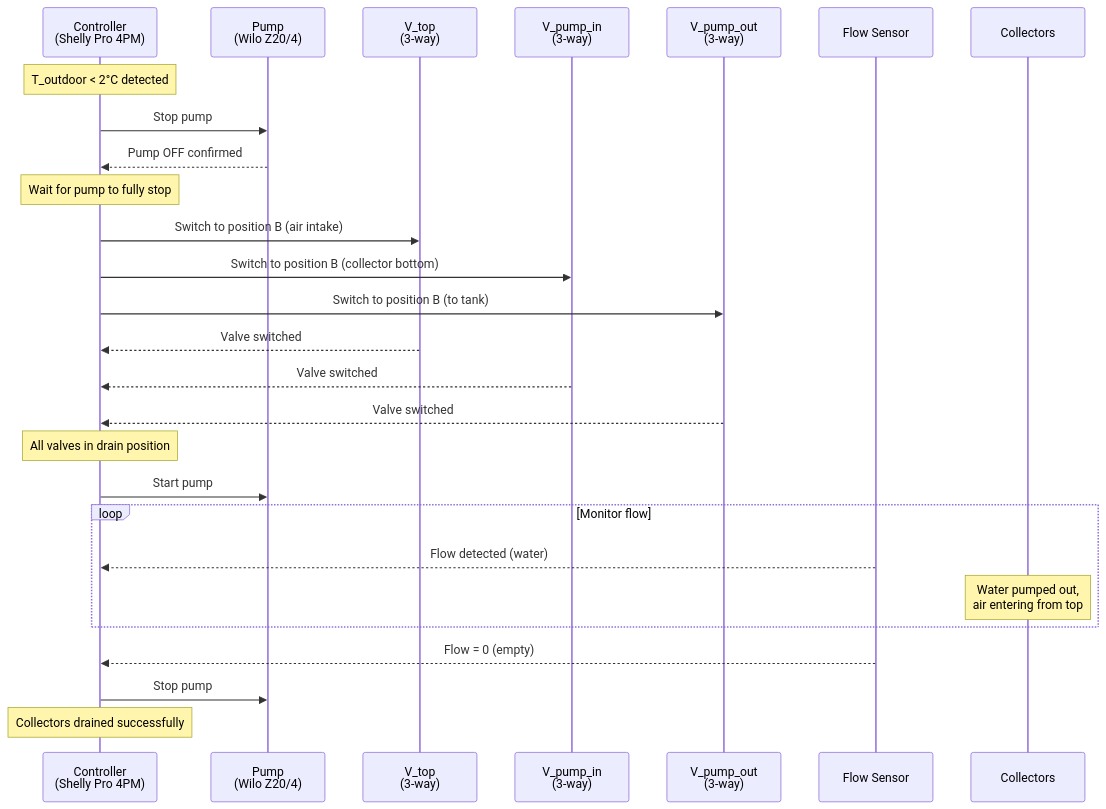
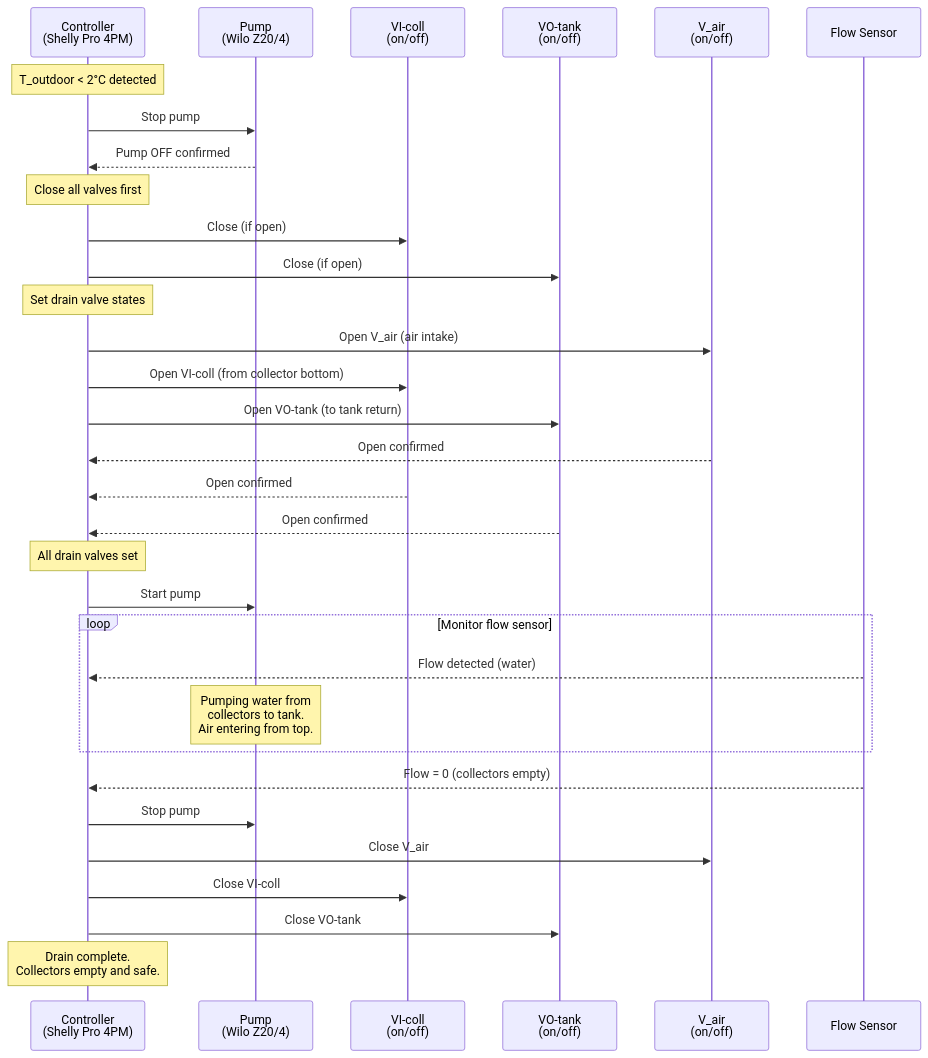
One commit to Wnt/greenhouse-solar-heater changed the diagram in diagrams/drain-sequence.mmd. Above: the diagram before and after it, drawn with Mermaid. The commit also changed 5 other files, not shown here.

First line of the commit message:
Redesign valve topology: on/off manifold with 8 valves

```diff
--- a/diagrams/drain-sequence.mmd
+++ b/diagrams/drain-sequence.mmd
@@ -1,32 +1,38 @@
 sequenceDiagram
     participant C as Controller<br/>(Shelly Pro 4PM)
     participant P as Pump<br/>(Wilo Z20/4)
-    participant VT as V_top<br/>(3-way)
-    participant VI as V_pump_in<br/>(3-way)
-    participant VO as V_pump_out<br/>(3-way)
+    participant VI as VI-coll<br/>(on/off)
+    participant VO as VO-tank<br/>(on/off)
+    participant VA as V_air<br/>(on/off)
     participant FS as Flow Sensor
-    participant COL as Collectors
 
     Note over C: T_outdoor < 2°C detected
     C->>P: Stop pump
     P-->>C: Pump OFF confirmed
 
-    Note over C: Wait for pump to fully stop
-    C->>VT: Switch to position B (air intake)
-    C->>VI: Switch to position B (collector bottom)
-    C->>VO: Switch to position B (to tank)
-    VT-->>C: Valve switched
-    VI-->>C: Valve switched
-    VO-->>C: Valve switched
+    Note over C: Close all valves first
+    C->>VI: Close (if open)
+    C->>VO: Close (if open)
 
-    Note over C: All valves in drain position
+    Note over C: Set drain valve states
+    C->>VA: Open V_air (air intake)
+    C->>VI: Open VI-coll (from collector bottom)
+    C->>VO: Open VO-tank (to tank return)
+    VA-->>C: Open confirmed
+    VI-->>C: Open confirmed
+    VO-->>C: Open confirmed
+
+    Note over C: All drain valves set
     C->>P: Start pump
 
-    loop Monitor flow
+    loop Monitor flow sensor
         FS-->>C: Flow detected (water)
-        Note over COL: Water pumped out,<br/>air entering from top
+        Note over P: Pumping water from<br/>collectors to tank.<br/>Air entering from top.
     end
 
-    FS-->>C: Flow = 0 (empty)
+    FS-->>C: Flow = 0 (collectors empty)
     C->>P: Stop pump
-    Note over C: Collectors drained successfully
+    C->>VA: Close V_air
+    C->>VI: Close VI-coll
+    C->>VO: Close VO-tank
+    Note over C: Drain complete.<br/>Collectors empty and safe.
```
